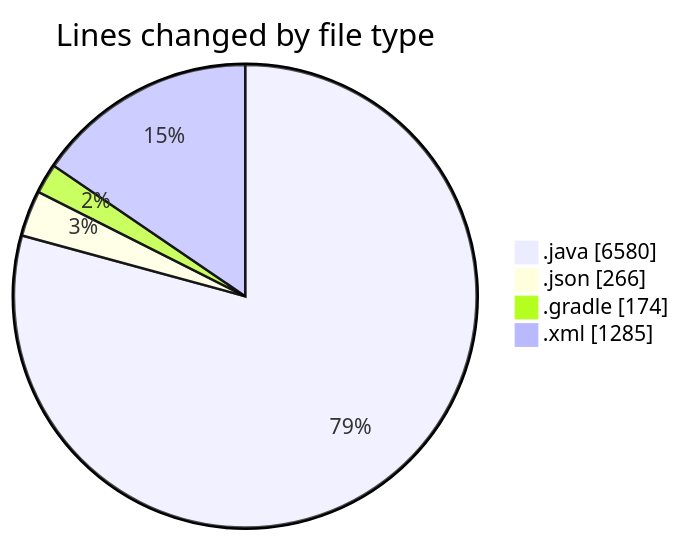
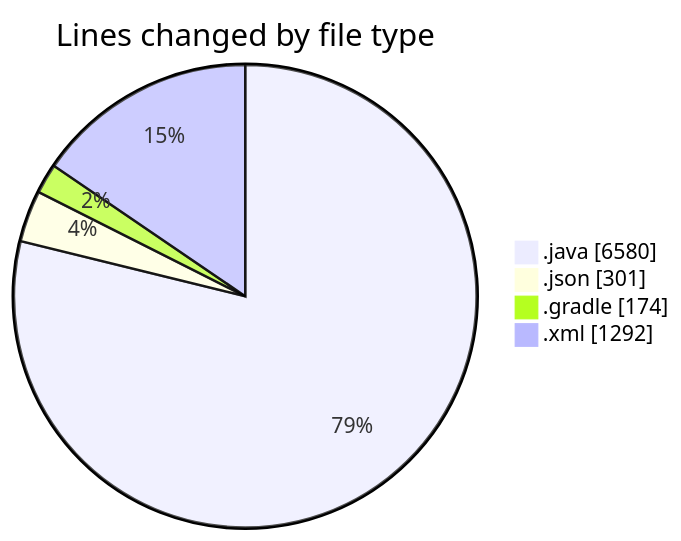
One commit to charlie-sans/code-tracking changed the first of 2 diagrams in 2025-02-22/micros/README.md. Above: the diagram before and after it, drawn with Mermaid. The commit also changed other lines of this file and 1 other file, not shown here.

````diff
--- a/2025-02-22/micros/README.md
+++ b/2025-02-22/micros/README.md
@@ -67,8 +67,8 @@
 ```mermaid
 pie showData
 title Lines changed by file type
 ".java" : 6580
-".json" : 266
+".json" : 301
 ".gradle" : 174
-".xml" : 1285
+".xml" : 1292
 ```
````
